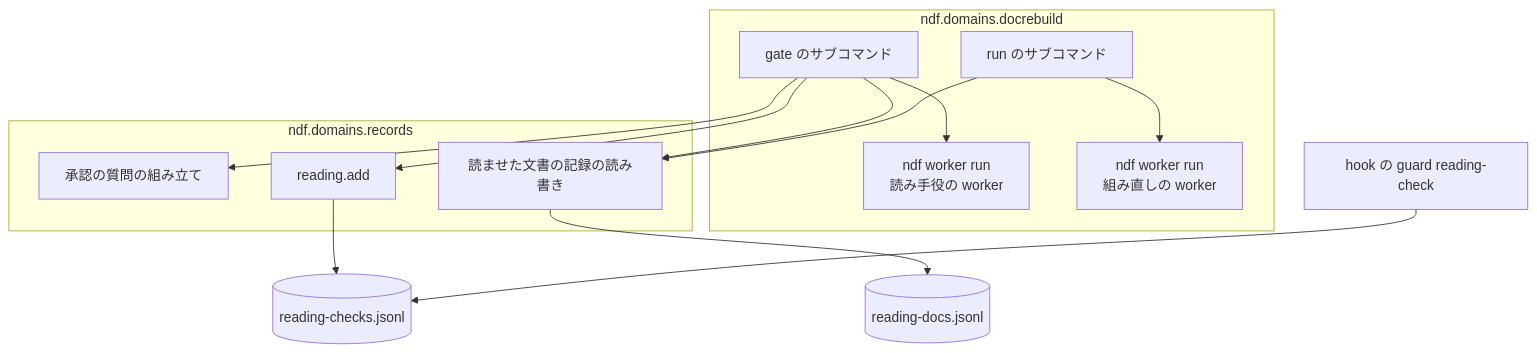
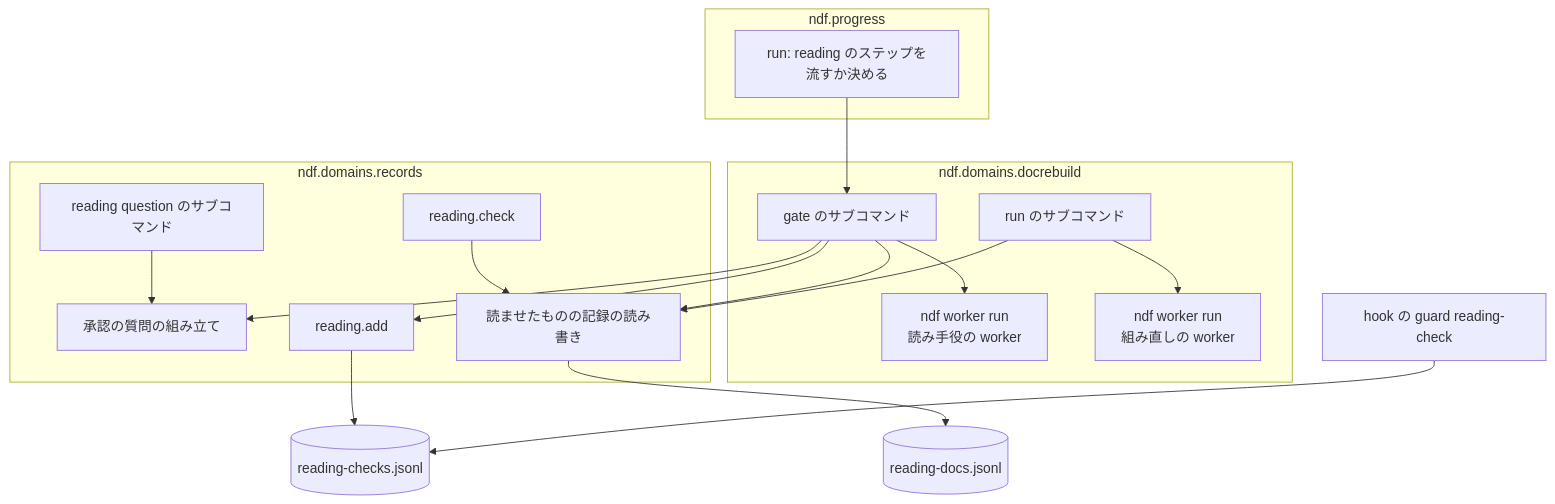
Before and after one commit to devbasex/ai-plugins: the third of 4 diagrams in issues/issue-4446-design.md, drawn with Mermaid. The commit also changed other lines of this file, not shown here.

````diff
--- a/issues/issue-4446-design.md
+++ b/issues/issue-4446-design.md
@@ -87,19 +112,27 @@
 ```mermaid
 graph TD
   subgraph docrebuild[ndf.domains.docrebuild]
     G[gate のサブコマンド] --> W[ndf worker run<br>読み手役の worker]
     RUN[run のサブコマンド] --> W2[ndf worker run<br>組み直しの worker]
   end
   subgraph records[ndf.domains.records]
     Q[承認の質問の組み立て]
+    QC[reading question のサブコマンド]
     A[reading.add]
-    DOCS[読ませた文書の記録の読み書き]
+    CK[reading.check]
+    DOCS[読ませたものの記録の読み書き]
   end
+  subgraph progress[ndf.progress]
+    P[run: reading のステップを流すか決める]
+  end
+  P --> G
   G --> Q
+  QC --> Q
   G --> A
   G --> DOCS
   RUN --> DOCS
+  CK --> DOCS
   A --> L[(reading-checks.jsonl)]
   DOCS --> B[(reading-docs.jsonl)]
   HOOK[hook の guard reading-check] --> L
 ```
````
